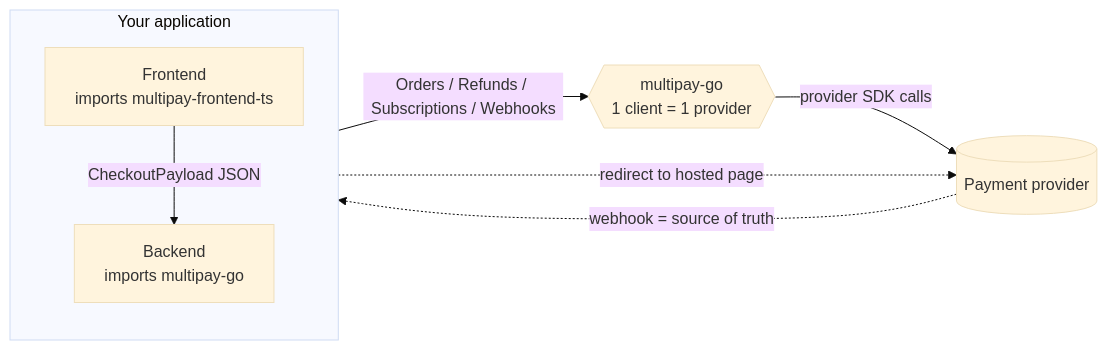
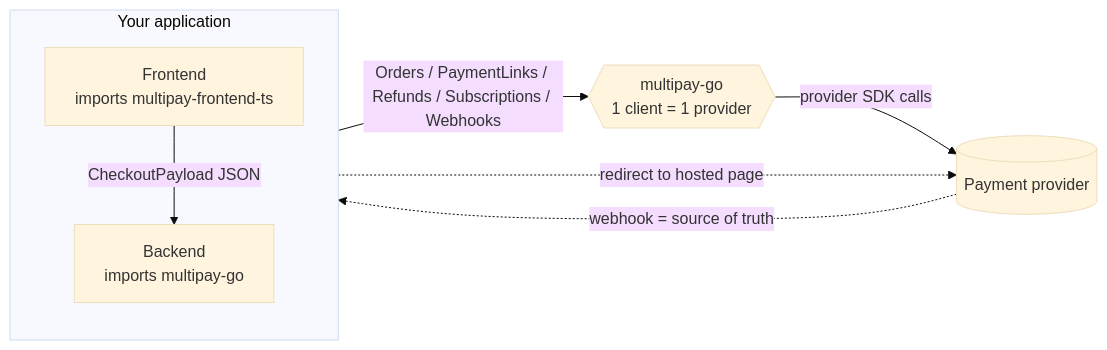
The diagram in README.md (Bytonomics/multipay-india), drawn with Mermaid (base theme) before and after one commit. The commit also changed other lines of this file and 11 other files, not shown here.

````diff
--- a/README.md
+++ b/README.md
@@ -64,16 +38,16 @@
 ```mermaid
 flowchart LR
   subgraph app[Your application]
     direction TB
     FE[Frontend<br/>imports multipay-frontend-ts]
     BE[Backend<br/>imports multipay-go]
   end
   MP{{multipay-go<br/>1 client = 1 provider}}
   PG[(Payment provider)]
 
   FE -- CheckoutPayload JSON --> BE
-  BE -- Orders / Refunds / Subscriptions / Webhooks --> MP
+  BE -- Orders / PaymentLinks / Refunds / Subscriptions / Webhooks --> MP
   MP -- provider SDK calls --> PG
   FE -. redirect to hosted page .-> PG
   PG -. webhook = source of truth .-> BE
 ```
````
